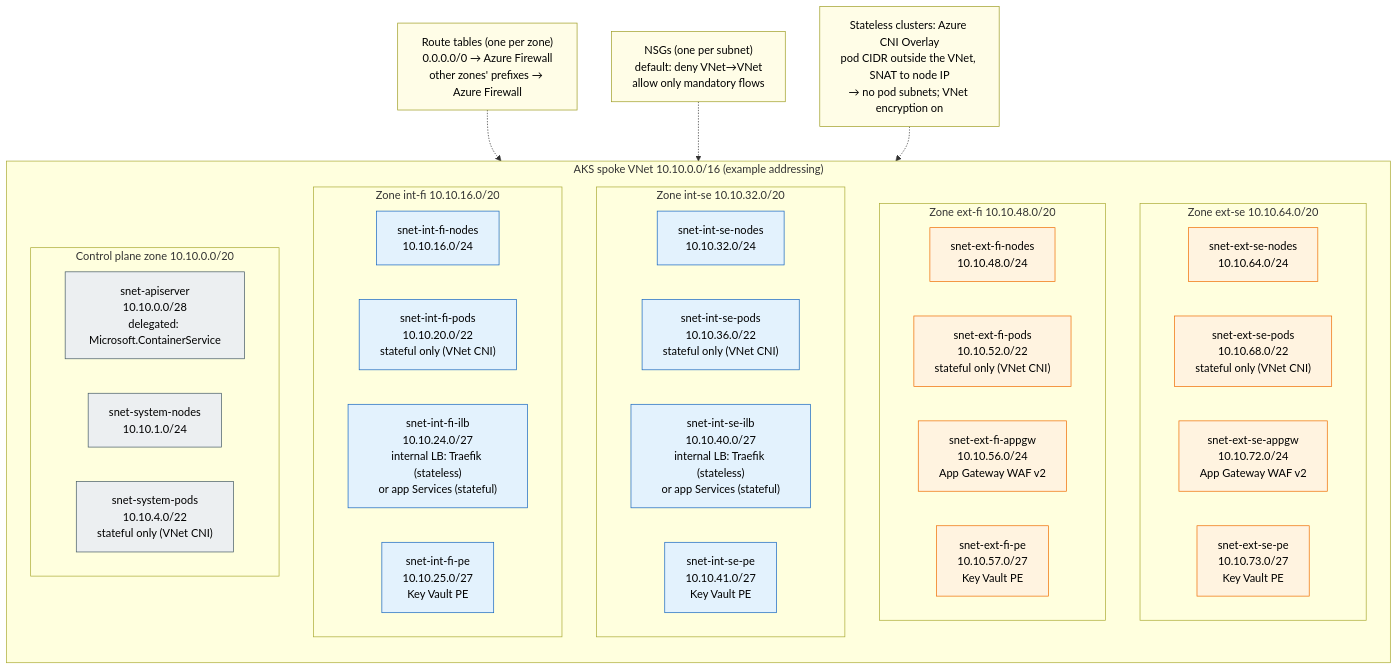
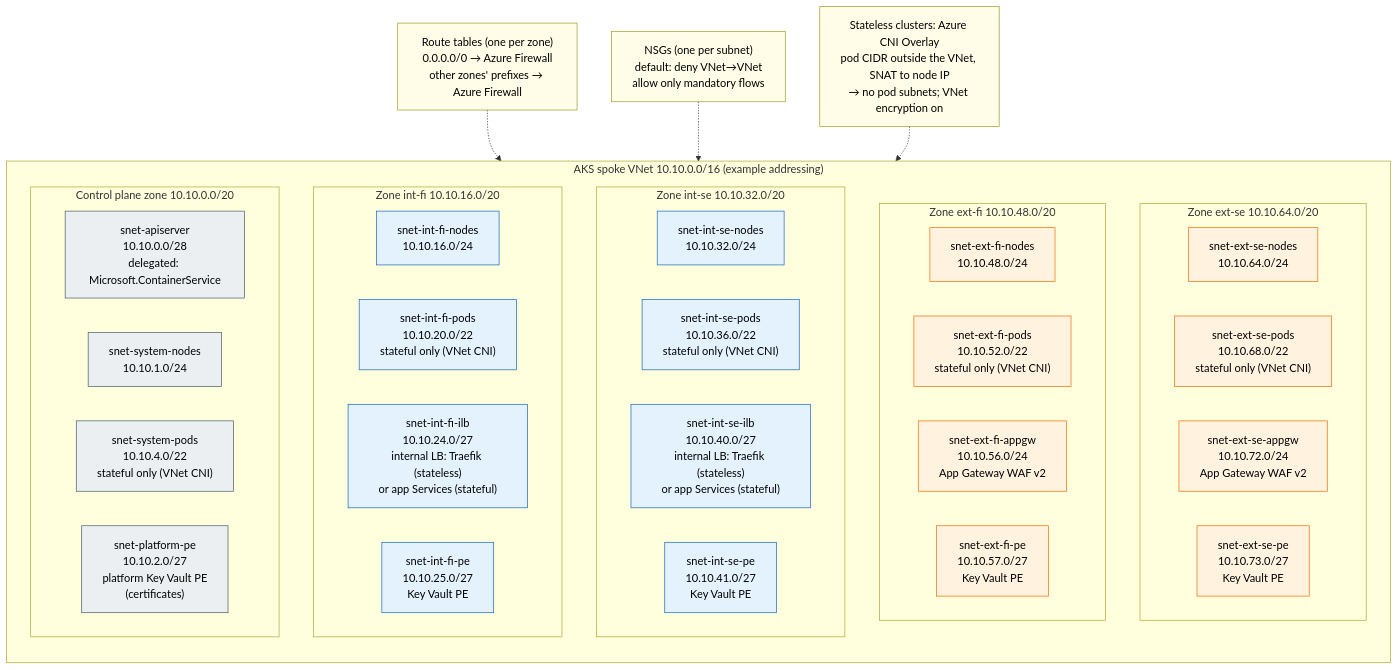
The diagram in diagrams/02-network-subnets.mmd (olljanat-ai/aks-design), drawn with Mermaid before and after one commit. The commit also changed 12 other files, not shown here.

First line of the commit message:
Add a shared platform Key Vault per environment for certificates

```diff
--- a/diagrams/02-network-subnets.mmd
+++ b/diagrams/02-network-subnets.mmd
@@ -1,56 +1,57 @@
 %% Subnet layout of the AKS spoke VNet. Every subnet has its own NSG and UDR.
 %% Pod subnets exist only in the stateful cluster (VNet CNI); stateless clusters use Azure CNI Overlay.
 flowchart TB
     subgraph VNET["AKS spoke VNet 10.10.0.0/16 (example addressing)"]
         direction TB
         subgraph ESE["Zone ext-se 10.10.64.0/20"]
             direction LR
             ese_n["snet-ext-se-nodes<br/>10.10.64.0/24"]
             ese_p["snet-ext-se-pods<br/>10.10.68.0/22<br/>stateful only (VNet CNI)"]
             ese_i["snet-ext-se-appgw<br/>10.10.72.0/24<br/>App Gateway WAF v2"]
             ese_pe["snet-ext-se-pe<br/>10.10.73.0/27<br/>Key Vault PE"]
         end
         subgraph EFI["Zone ext-fi 10.10.48.0/20"]
             direction LR
             efi_n["snet-ext-fi-nodes<br/>10.10.48.0/24"]
             efi_p["snet-ext-fi-pods<br/>10.10.52.0/22<br/>stateful only (VNet CNI)"]
             efi_i["snet-ext-fi-appgw<br/>10.10.56.0/24<br/>App Gateway WAF v2"]
             efi_pe["snet-ext-fi-pe<br/>10.10.57.0/27<br/>Key Vault PE"]
         end
         subgraph ISE["Zone int-se 10.10.32.0/20"]
             direction LR
             ise_n["snet-int-se-nodes<br/>10.10.32.0/24"]
             ise_p["snet-int-se-pods<br/>10.10.36.0/22<br/>stateful only (VNet CNI)"]
             ise_i["snet-int-se-ilb<br/>10.10.40.0/27<br/>internal LB: Traefik (stateless)<br/>or app Services (stateful)"]
             ise_pe["snet-int-se-pe<br/>10.10.41.0/27<br/>Key Vault PE"]
         end
         subgraph IFI["Zone int-fi 10.10.16.0/20"]
             direction LR
             ifi_n["snet-int-fi-nodes<br/>10.10.16.0/24"]
             ifi_p["snet-int-fi-pods<br/>10.10.20.0/22<br/>stateful only (VNet CNI)"]
             ifi_i["snet-int-fi-ilb<br/>10.10.24.0/27<br/>internal LB: Traefik (stateless)<br/>or app Services (stateful)"]
             ifi_pe["snet-int-fi-pe<br/>10.10.25.0/27<br/>Key Vault PE"]
         end
         subgraph CP["Control plane zone 10.10.0.0/20"]
             direction LR
             s_api["snet-apiserver<br/>10.10.0.0/28<br/>delegated: Microsoft.ContainerService"]
             s_sysn["snet-system-nodes<br/>10.10.1.0/24"]
             s_sysp["snet-system-pods<br/>10.10.4.0/22<br/>stateful only (VNet CNI)"]
+            s_ppe["snet-platform-pe<br/>10.10.2.0/27<br/>platform Key Vault PE<br/>(certificates)"]
         end
     end
 
     rt["Route tables (one per zone)<br/>0.0.0.0/0 → Azure Firewall<br/>other zones' prefixes → Azure Firewall"]
     nsg["NSGs (one per subnet)<br/>default: deny VNet→VNet<br/>allow only mandatory flows"]
     cni["Stateless clusters: Azure CNI Overlay<br/>pod CIDR outside the VNet, SNAT to node IP<br/>→ no pod subnets; VNet encryption on"]
     rt -.-> VNET
     nsg -.-> VNET
     cni -.-> VNET
 
     classDef cp fill:#eceff1,stroke:#455a64,color:#000
     classDef int fill:#e3f2fd,stroke:#1565c0,color:#000
     classDef ext fill:#fff3e0,stroke:#ef6c00,color:#000
     classDef note fill:#fffde7,stroke:#9e9d24,color:#000
-    class s_api,s_sysn,s_sysp cp
+    class s_api,s_sysn,s_sysp,s_ppe cp
     class ifi_n,ifi_p,ifi_i,ifi_pe,ise_n,ise_p,ise_i,ise_pe int
     class efi_n,efi_p,efi_i,efi_pe,ese_n,ese_p,ese_i,ese_pe ext
     class rt,nsg,cni note
```
